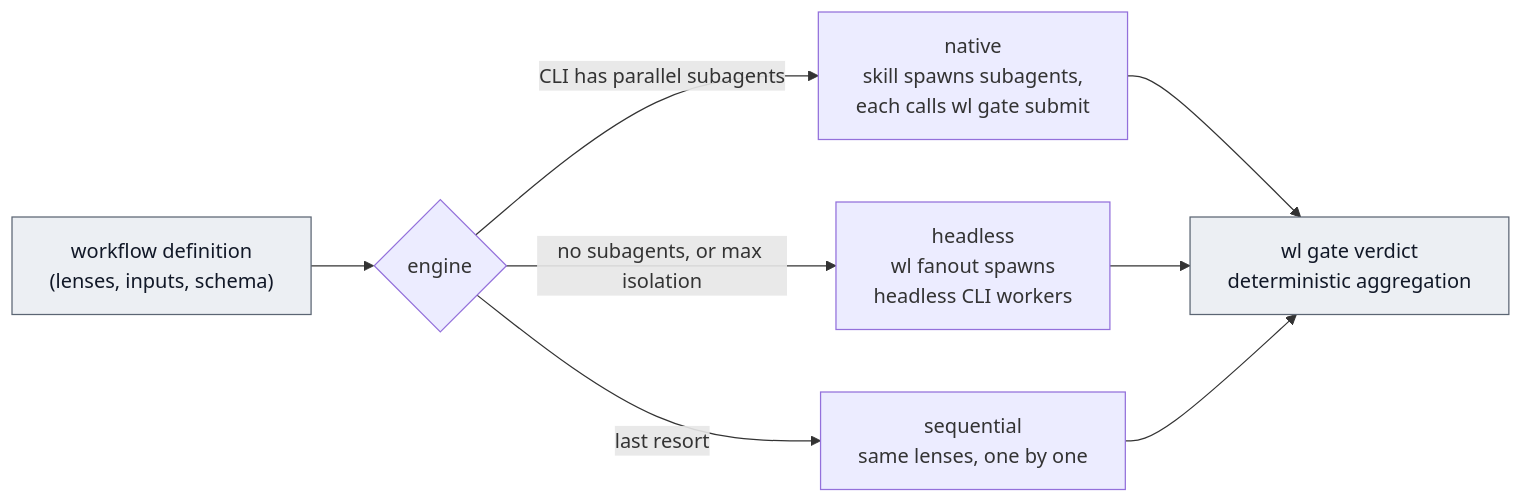
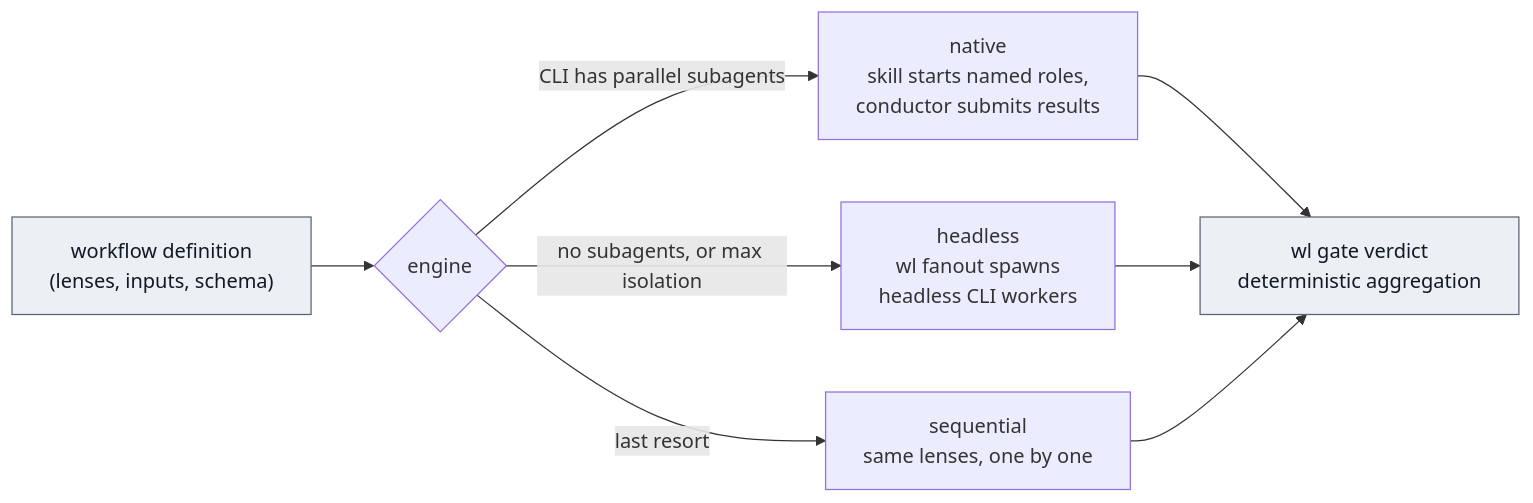
Before and after one commit to dreamingechoes/wholeloop: the first of 2 diagrams in docs/architecture/orchestration-and-gates.md, drawn with Mermaid. The commit also changed other lines of this file and 33 other files, not shown here.

````diff
--- a/docs/architecture/orchestration-and-gates.md
+++ b/docs/architecture/orchestration-and-gates.md
@@ -46,9 +46,9 @@
 ```mermaid
 flowchart LR
   W["workflow definition<br/>(lenses, inputs, schema)"]:::core --> E{"engine"}
-  E -- "CLI has parallel subagents" --> N["native<br/>skill spawns subagents,<br/>each calls wl gate submit"]
+  E -- "CLI has parallel subagents" --> N["native<br/>skill starts named roles,<br/>conductor submits results"]
   E -- "no subagents, or max isolation" --> H["headless<br/>wl fanout spawns<br/>headless CLI workers"]
   E -- "last resort" --> S["sequential<br/>same lenses, one by one"]
   N & H & S --> AGG["wl gate verdict<br/>deterministic aggregation"]:::core
   classDef core fill:#eceff3,stroke:#5b6573,color:#111827;
 ```
````
